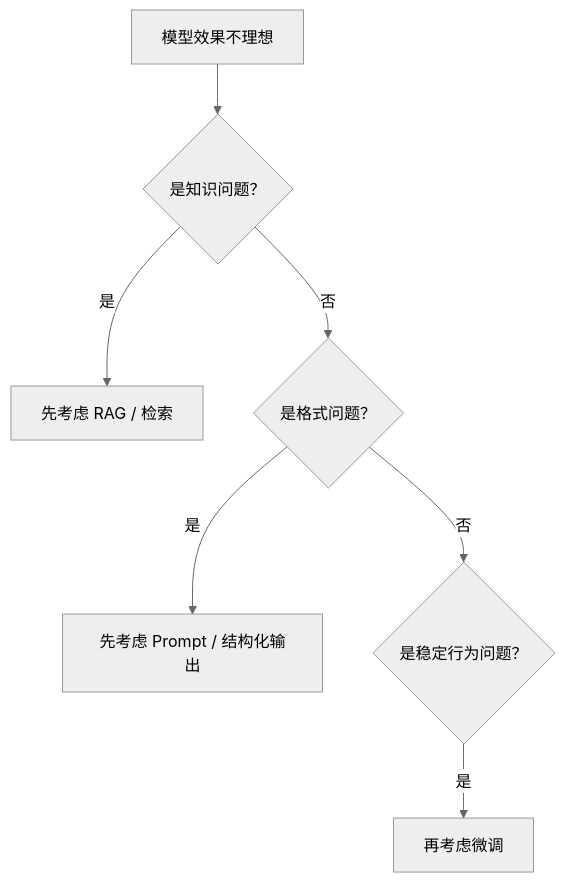
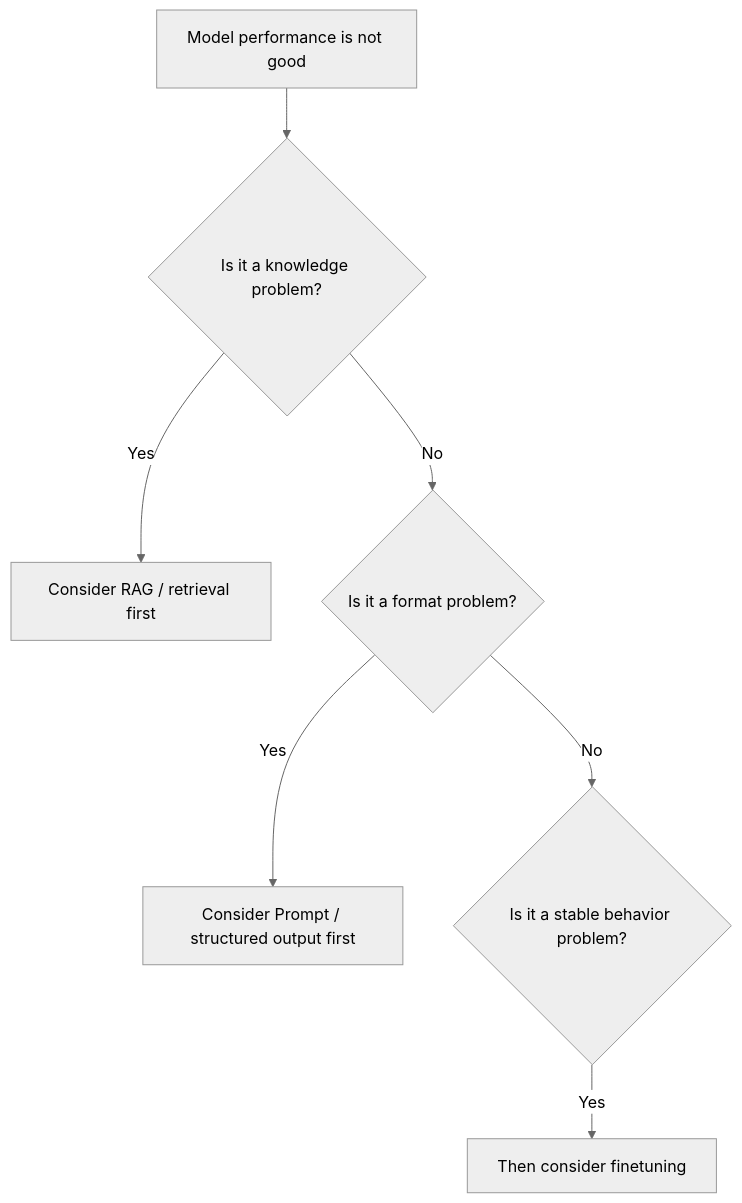
The first of 2 diagrams in docs/ch07-llm-principles/ch06-finetuning/01-finetuning-overview.md (oudbiao/AI-fullstack-course), drawn with Mermaid (neutral theme) before and after one commit. The commit also changed other lines of this file and 1406 other files, not shown here.

````diff
--- a/docs/ch07-llm-principles/ch06-finetuning/01-finetuning-overview.md
+++ b/docs/ch07-llm-principles/ch06-finetuning/01-finetuning-overview.md
@@ -59,9 +59,9 @@
 ```mermaid
 flowchart TD
-    A["模型效果不理想"] --> B{"是知识问题？"}
-    B -->|是| C["先考虑 RAG / 检索"]
-    B -->|否| D{"是格式问题？"}
-    D -->|是| E["先考虑 Prompt / 结构化输出"]
-    D -->|否| F{"是稳定行为问题？"}
-    F -->|是| G["再考虑微调"]
+    A["Model performance is not good"] --> B{"Is it a knowledge problem?"}
+    B -->|Yes| C["Consider RAG / retrieval first"]
+    B -->|No| D{"Is it a format problem?"}
+    D -->|Yes| E["Consider Prompt / structured output first"]
+    D -->|No| F{"Is it a stable behavior problem?"}
+    F -->|Yes| G["Then consider finetuning"]
 ```
````
